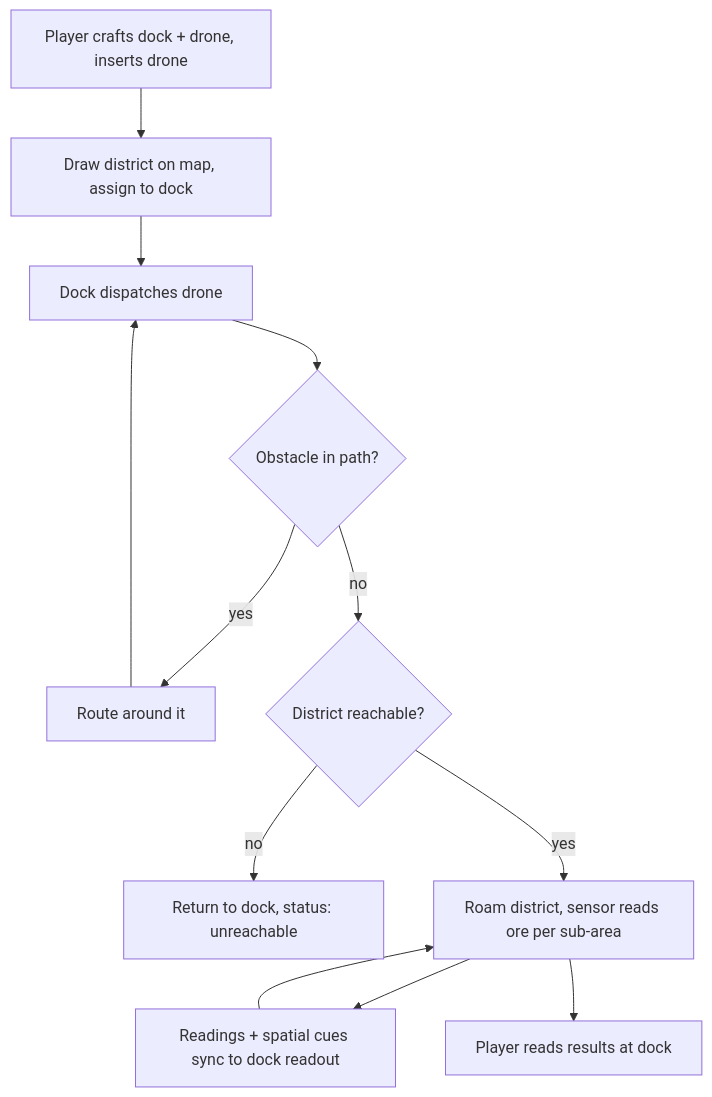
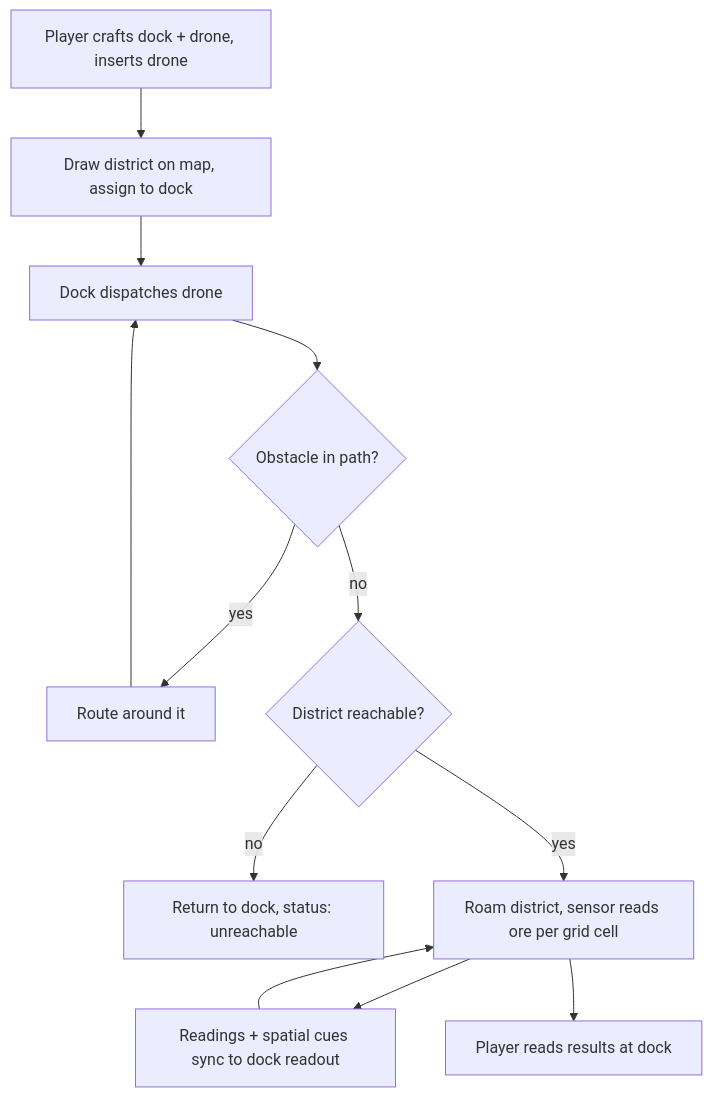
Before and after one commit to iuriguilherme/Eco-Mod-Advanced-Electronics: the first of 3 diagrams in docs/plans/2026-07-11-001-feat-survey-drone-plan.md, drawn with Mermaid. The commit also changed other lines of this file, not shown here.

````diff
--- a/docs/plans/2026-07-11-001-feat-survey-drone-plan.md
+++ b/docs/plans/2026-07-11-001-feat-survey-drone-plan.md
@@ -94,14 +96,14 @@
 ```mermaid
 flowchart TB
   A[Player crafts dock + drone, inserts drone] --> B[Draw district on map, assign to dock]
   B --> C[Dock dispatches drone]
   C --> D{Obstacle in path?}
   D -->|yes| E[Route around it]
   E --> C
   D -->|no| F{District reachable?}
   F -->|no| G[Return to dock, status: unreachable]
-  F -->|yes| H[Roam district, sensor reads ore per sub-area]
+  F -->|yes| H[Roam district, sensor reads ore per grid cell]
   H --> I[Readings + spatial cues sync to dock readout]
   I --> H
   H --> J[Player reads results at dock]
 ```
````
